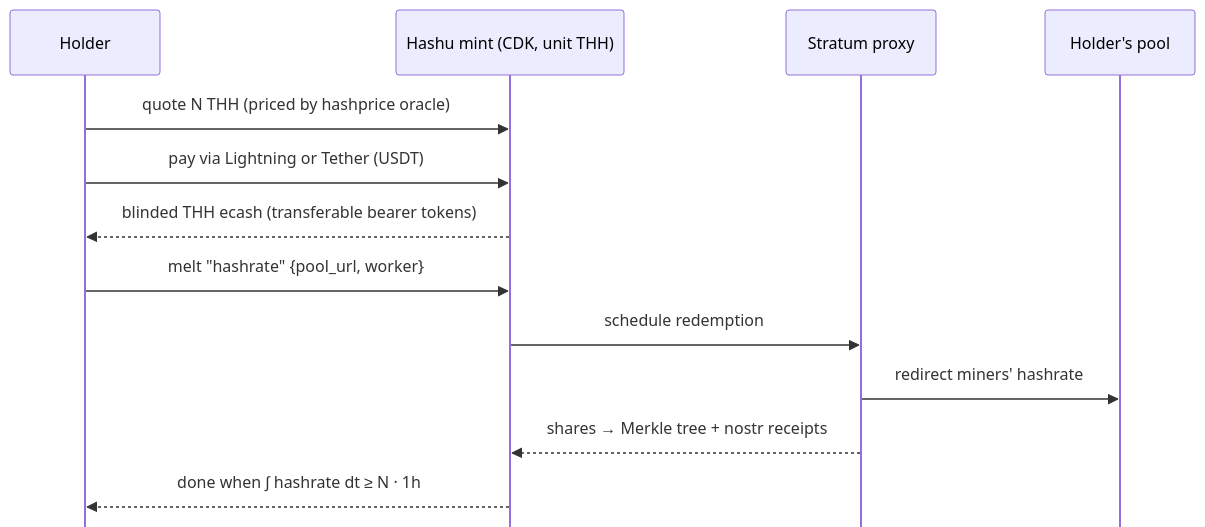
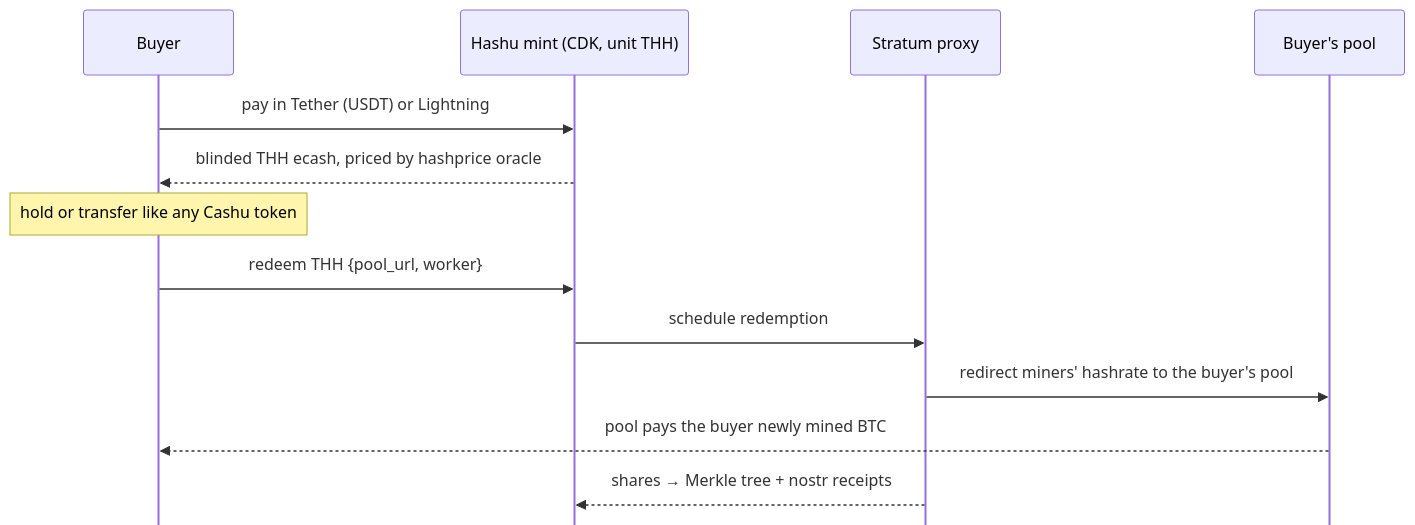
One commit to asherp/hashu changed the diagram in slides/slides.md. Above: the diagram before and after it, drawn with Mermaid. The commit also changed other lines of this file, not shown here.

````diff
--- a/slides/slides.md
+++ b/slides/slides.md
@@ -54,16 +55,16 @@
 ```mermaid {scale: 0.55}
 %%{init: {'sequence': {'mirrorActors': false, 'messageMargin': 22}}}%%
 sequenceDiagram
-  participant B as Holder
+  participant B as Buyer
   participant M as Hashu mint (CDK, unit THH)
   participant P as Stratum proxy
-  participant L as Holder's pool
-  B->>M: quote N THH (priced by hashprice oracle)
-  B->>M: pay via Lightning or Tether (USDT)
-  M-->>B: blinded THH ecash (transferable bearer tokens)
-  B->>M: melt "hashrate" {pool_url, worker}
+  participant L as Buyer's pool
+  B->>M: pay in Tether (USDT) or Lightning
+  M-->>B: blinded THH ecash, priced by hashprice oracle
+  Note over B: hold or transfer like any Cashu token
+  B->>M: redeem THH {pool_url, worker}
   M->>P: schedule redemption
-  P->>L: redirect miners' hashrate
+  P->>L: redirect miners' hashrate to the buyer's pool
+  L-->>B: pool pays the buyer newly mined BTC
   P-->>M: shares → Merkle tree + nostr receipts
-  M-->>B: done when ∫ hashrate dt ≥ N · 1h
 ```
````
